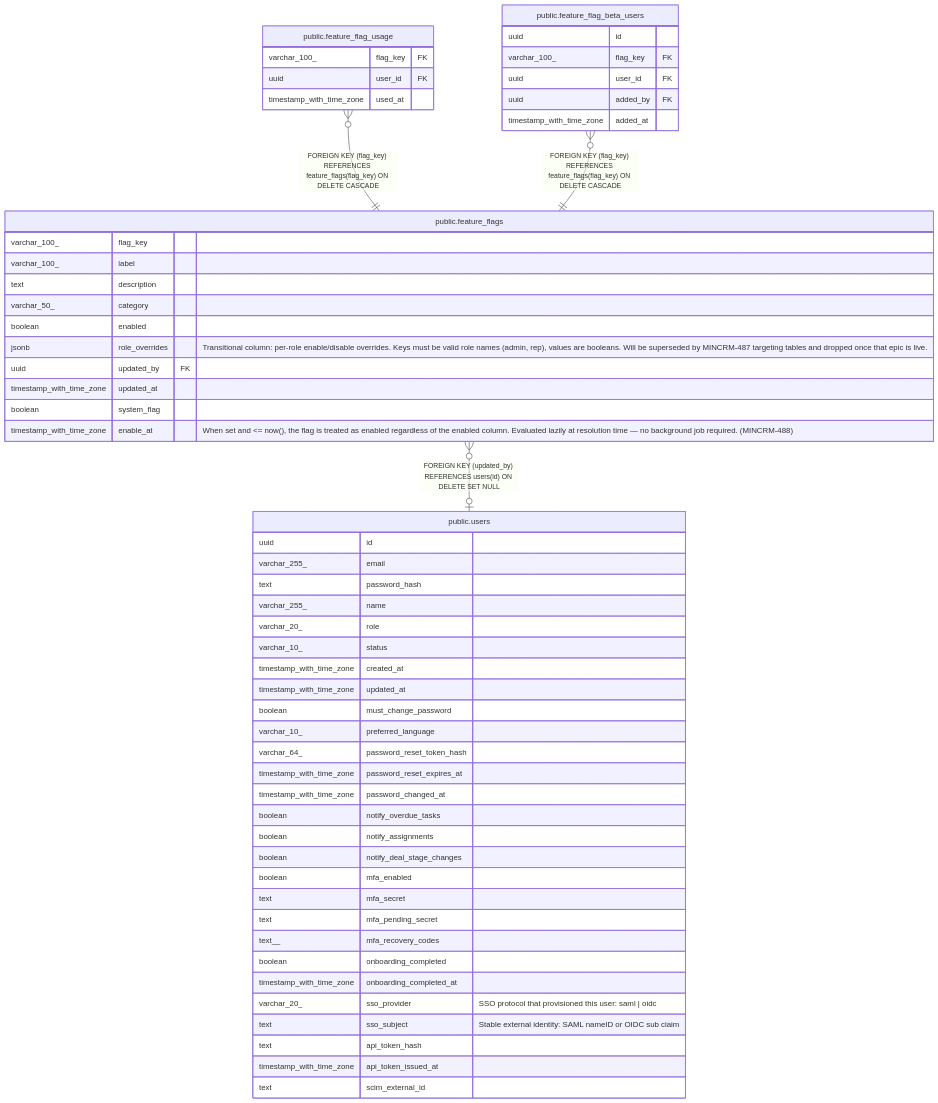
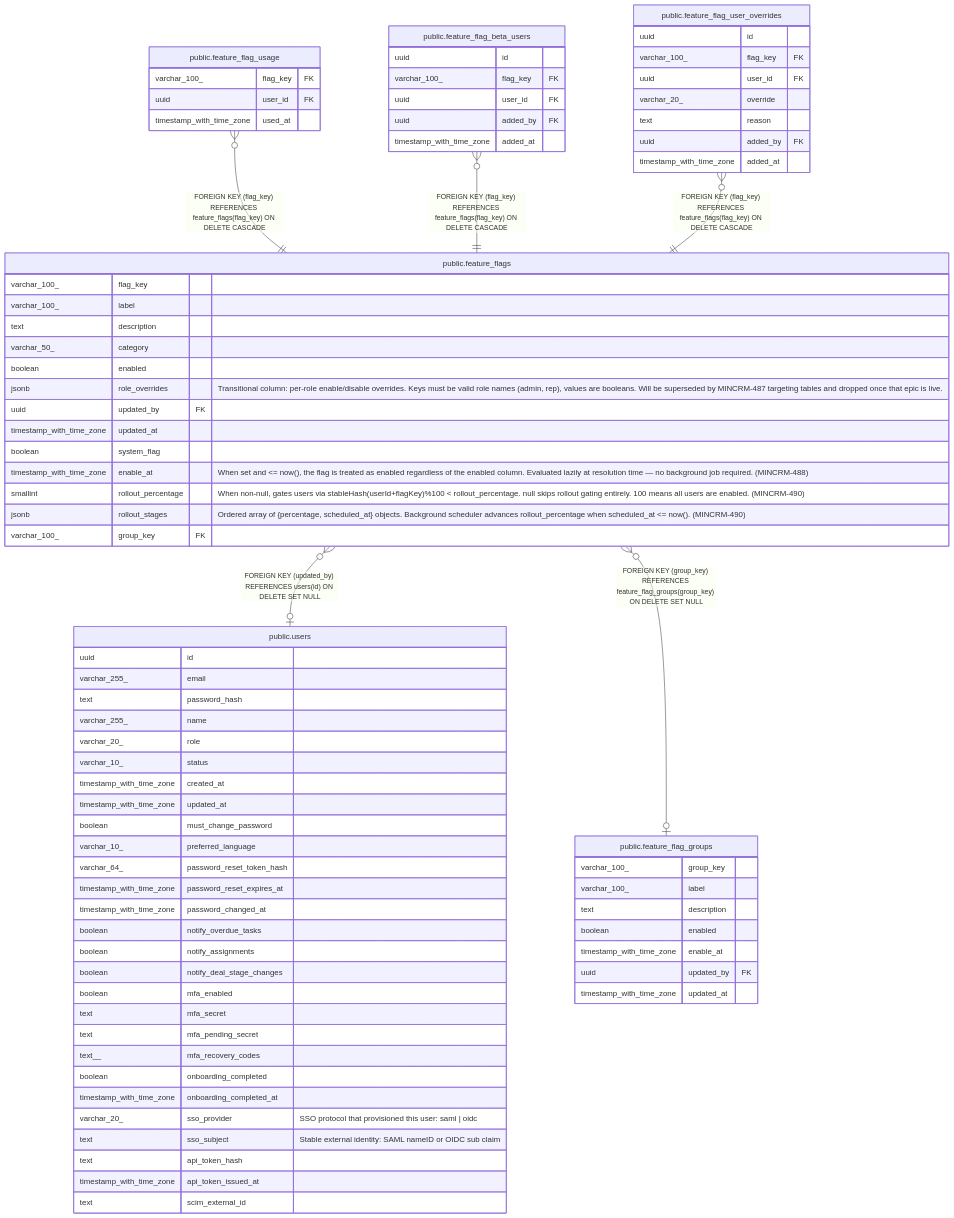
The diagram in docs/schema/public.feature_flags.md (rkseattle/minicrm), drawn with Mermaid before and after one commit. The commit also changed other lines of this file and 7 other files, not shown here.

Commit message:
chore(MINCRM-565): regenerate ERD after migration 122

````diff
--- a/docs/schema/public.feature_flags.md
+++ b/docs/schema/public.feature_flags.md
@@ -43,7 +49,9 @@
 
 "public.feature_flag_usage" }o--|| "public.feature_flags" : "FOREIGN KEY (flag_key) REFERENCES feature_flags(flag_key) ON DELETE CASCADE"
 "public.feature_flag_beta_users" }o--|| "public.feature_flags" : "FOREIGN KEY (flag_key) REFERENCES feature_flags(flag_key) ON DELETE CASCADE"
+"public.feature_flag_user_overrides" }o--|| "public.feature_flags" : "FOREIGN KEY (flag_key) REFERENCES feature_flags(flag_key) ON DELETE CASCADE"
 "public.feature_flags" }o--o| "public.users" : "FOREIGN KEY (updated_by) REFERENCES users(id) ON DELETE SET NULL"
+"public.feature_flags" }o--o| "public.feature_flag_groups" : "FOREIGN KEY (group_key) REFERENCES feature_flag_groups(group_key) ON DELETE SET NULL"
 
 "public.feature_flags" {
   varchar_100_ flag_key ""
@@ -56,6 +64,9 @@
   timestamp_with_time_zone updated_at ""
   boolean system_flag ""
   timestamp_with_time_zone enable_at "When set and <= now(), the flag is treated as enabled regardless of the enabled column. Evaluated lazily at resolution time — no background job required. (MINCRM-488)"
+  smallint rollout_percentage "When non-null, gates users via stableHash(userId+flagKey)%100 < rollout_percentage. null skips rollout gating entirely. 100 means all users are enabled. (MINCRM-490)"
+  jsonb rollout_stages "Ordered array of {percentage, scheduled_at} objects. Background scheduler advances rollout_percentage when scheduled_at <= now(). (MINCRM-490)"
+  varchar_100_ group_key FK ""
 }
 "public.feature_flag_usage" {
   varchar_100_ flag_key FK ""
@@ -66,6 +77,15 @@
   uuid id ""
   varchar_100_ flag_key FK ""
   uuid user_id FK ""
+  uuid added_by FK ""
+  timestamp_with_time_zone added_at ""
+}
+"public.feature_flag_user_overrides" {
+  uuid id ""
+  varchar_100_ flag_key FK ""
+  uuid user_id FK ""
+  varchar_20_ override ""
+  text reason ""
   uuid added_by FK ""
   timestamp_with_time_zone added_at ""
 }
@@ -98,4 +118,13 @@
   timestamp_with_time_zone api_token_issued_at ""
   text scim_external_id ""
 }
+"public.feature_flag_groups" {
+  varchar_100_ group_key ""
+  varchar_100_ label ""
+  text description ""
+  boolean enabled ""
+  timestamp_with_time_zone enable_at ""
+  uuid updated_by FK ""
+  timestamp_with_time_zone updated_at ""
+}
 ```
````
